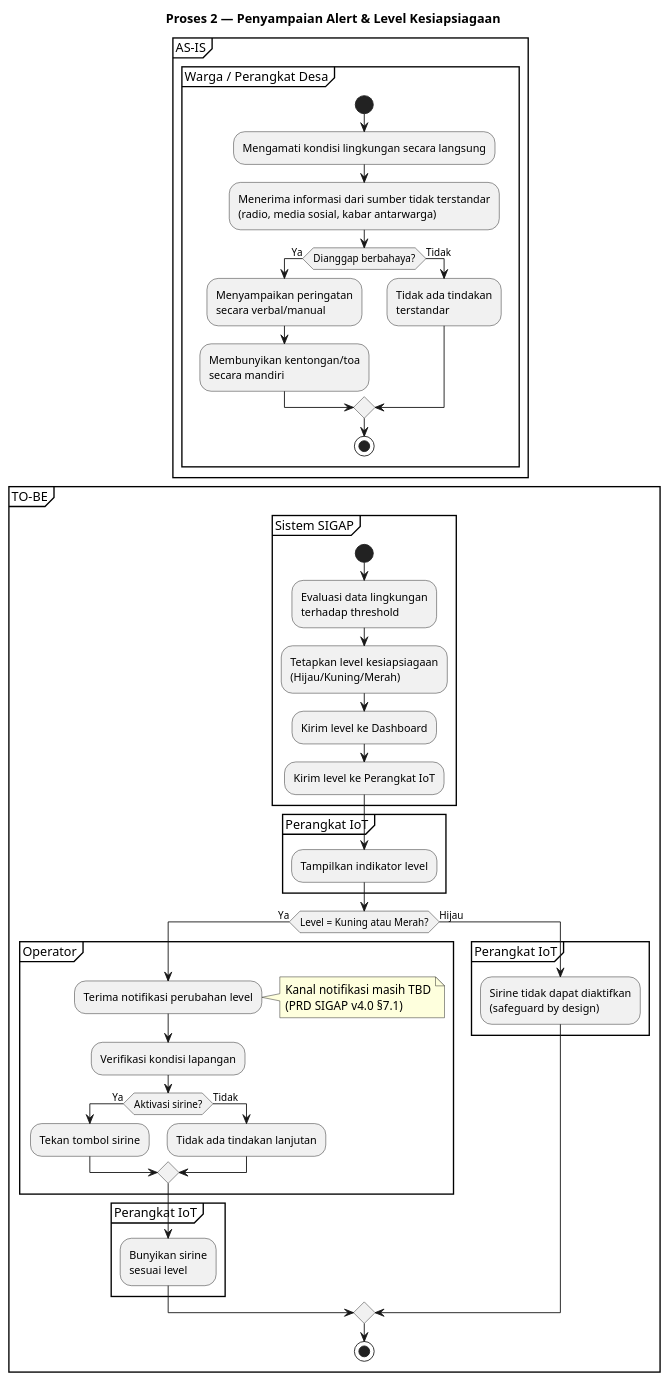
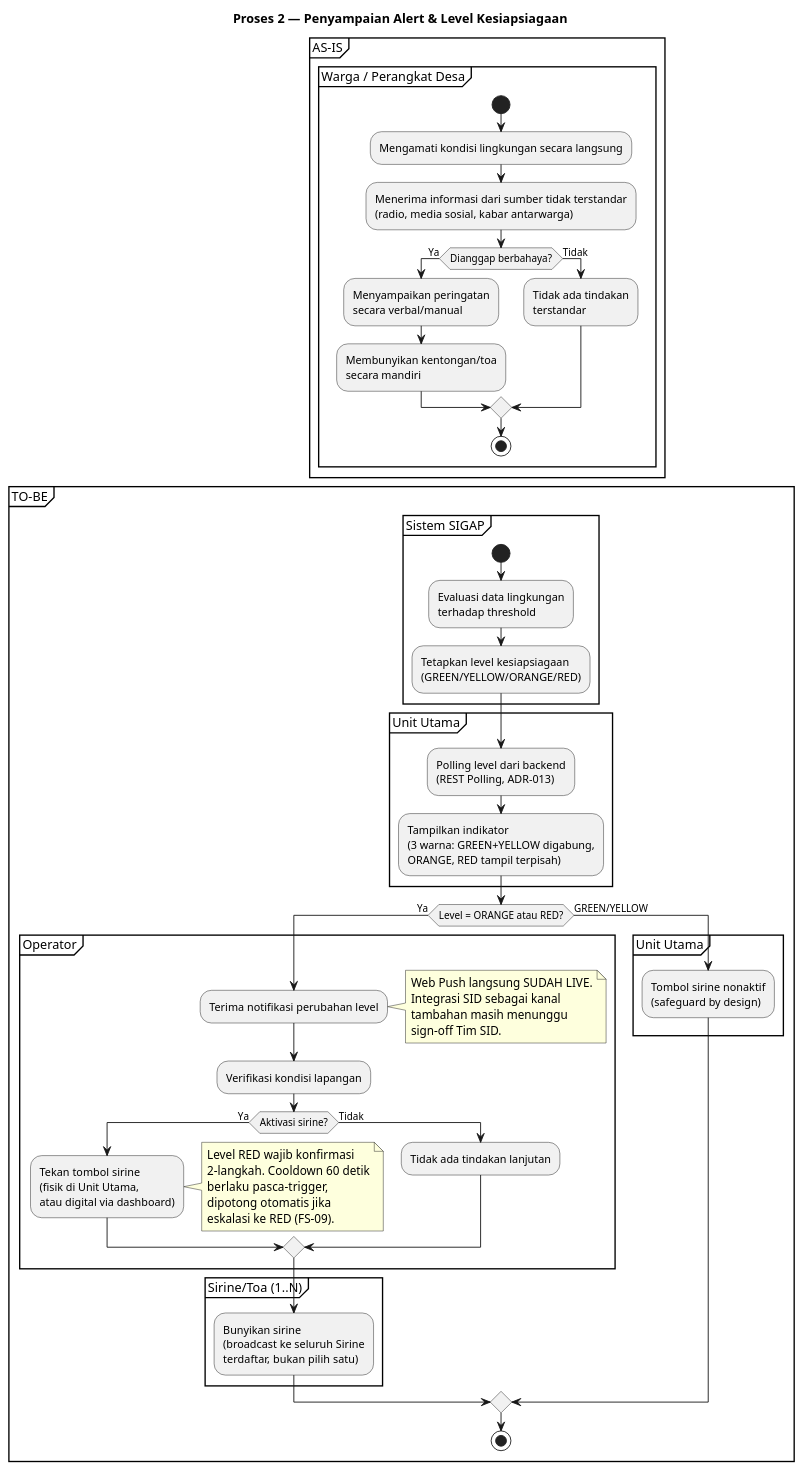
The diagram in docs/business/business_workflow/bw_alert_kesiapsiagaan.puml (Vextronode/sigap_app), drawn with PlantUML before and after one commit. The commit also changed 34 other files, not shown here.

```diff
--- a/docs/business/business_workflow/bw_alert_kesiapsiagaan.puml
+++ b/docs/business/business_workflow/bw_alert_kesiapsiagaan.puml
@@ -1,84 +1,90 @@
 @startuml bw_alert_kesiapsiagaan
 title Proses 2 — Penyampaian Alert & Level Kesiapsiagaan
 
 ' ============================
 ' AS-IS
 ' ============================
 
 partition "AS-IS" {
 
     partition "Warga / Perangkat Desa" {
         start
 
         :Mengamati kondisi lingkungan secara langsung;
         :Menerima informasi dari sumber tidak terstandar\n(radio, media sosial, kabar antarwarga);
 
         if (Dianggap berbahaya?) then (Ya)
             :Menyampaikan peringatan\nsecara verbal/manual;
             :Membunyikan kentongan/toa\nsecara mandiri;
         else (Tidak)
             :Tidak ada tindakan\nterstandar;
         endif
 
         stop
     }
 
 }
 
 ' ============================
 ' TO-BE
 ' ============================
 
 partition "TO-BE" {
 
     partition "Sistem SIGAP" {
-
         start
 
         :Evaluasi data lingkungan\nterhadap threshold;
-        :Tetapkan level kesiapsiagaan\n(Hijau/Kuning/Merah);
-        :Kirim level ke Dashboard;
-        :Kirim level ke Perangkat IoT;
+        :Tetapkan level kesiapsiagaan\n(GREEN/YELLOW/ORANGE/RED);
     }
 
-    partition "Perangkat IoT" {
-
-        :Tampilkan indikator level;
+    partition "Unit Utama" {
+        :Polling level dari backend\n(REST Polling, ADR-013);
+        :Tampilkan indikator\n(3 warna: GREEN+YELLOW digabung,\nORANGE, RED tampil terpisah);
     }
 
-    if (Level = Kuning atau Merah?) then (Ya)
+    if (Level = ORANGE atau RED?) then (Ya)
 
         partition "Operator" {
 
             :Terima notifikasi perubahan level;
 
             note right
-            Kanal notifikasi masih TBD
-            (PRD SIGAP v4.0 §7.1)
+            Web Push langsung SUDAH LIVE.
+            Integrasi SID sebagai kanal
+            tambahan masih menunggu
+            sign-off Tim SID.
             end note
 
             :Verifikasi kondisi lapangan;
 
             if (Aktivasi sirine?) then (Ya)
-                :Tekan tombol sirine;
+                :Tekan tombol sirine\n(fisik di Unit Utama,\natau digital via dashboard);
+                note right
+                Level RED wajib konfirmasi
+                2-langkah. Cooldown 60 detik
+                berlaku pasca-trigger,
+                dipotong otomatis jika
+                eskalasi ke RED (FS-09).
+                end note
             else (Tidak)
                 :Tidak ada tindakan lanjutan;
             endif
         }
 
-        partition "Perangkat IoT" {
-            :Bunyikan sirine\nsesuai level;
+        partition "Sirine/Toa (1..N)" {
+            :Bunyikan sirine\n(broadcast ke seluruh Sirine\nterdaftar, bukan pilih satu);
         }
 
-    else (Hijau)
+    else (GREEN/YELLOW)
 
-        partition "Perangkat IoT" {
-            :Sirine tidak dapat diaktifkan\n(safeguard by design);
+        partition "Unit Utama" {
+            :Tombol sirine nonaktif\n(safeguard by design);
         }
 
     endif
 
     stop
 }
 
 @enduml
```
